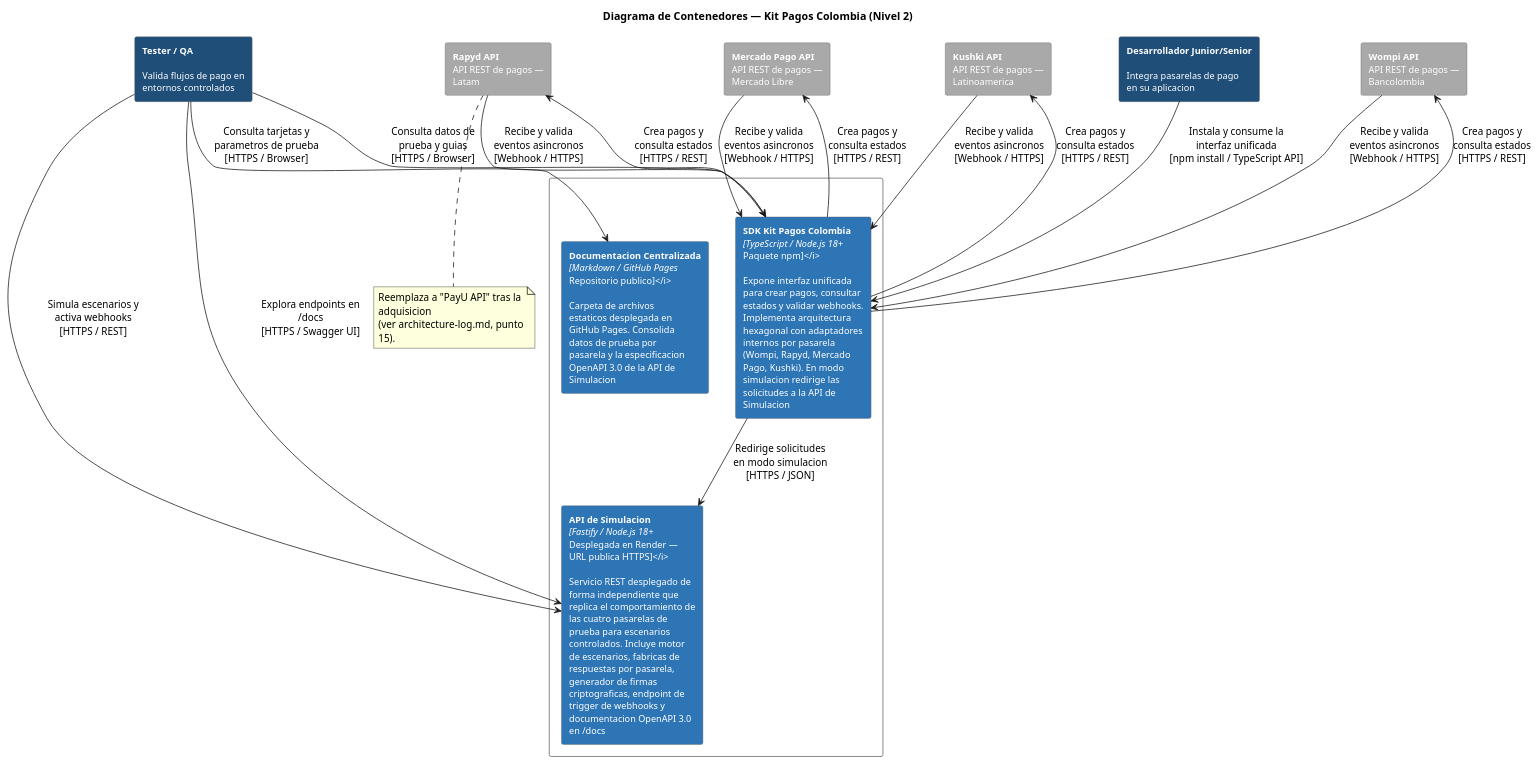
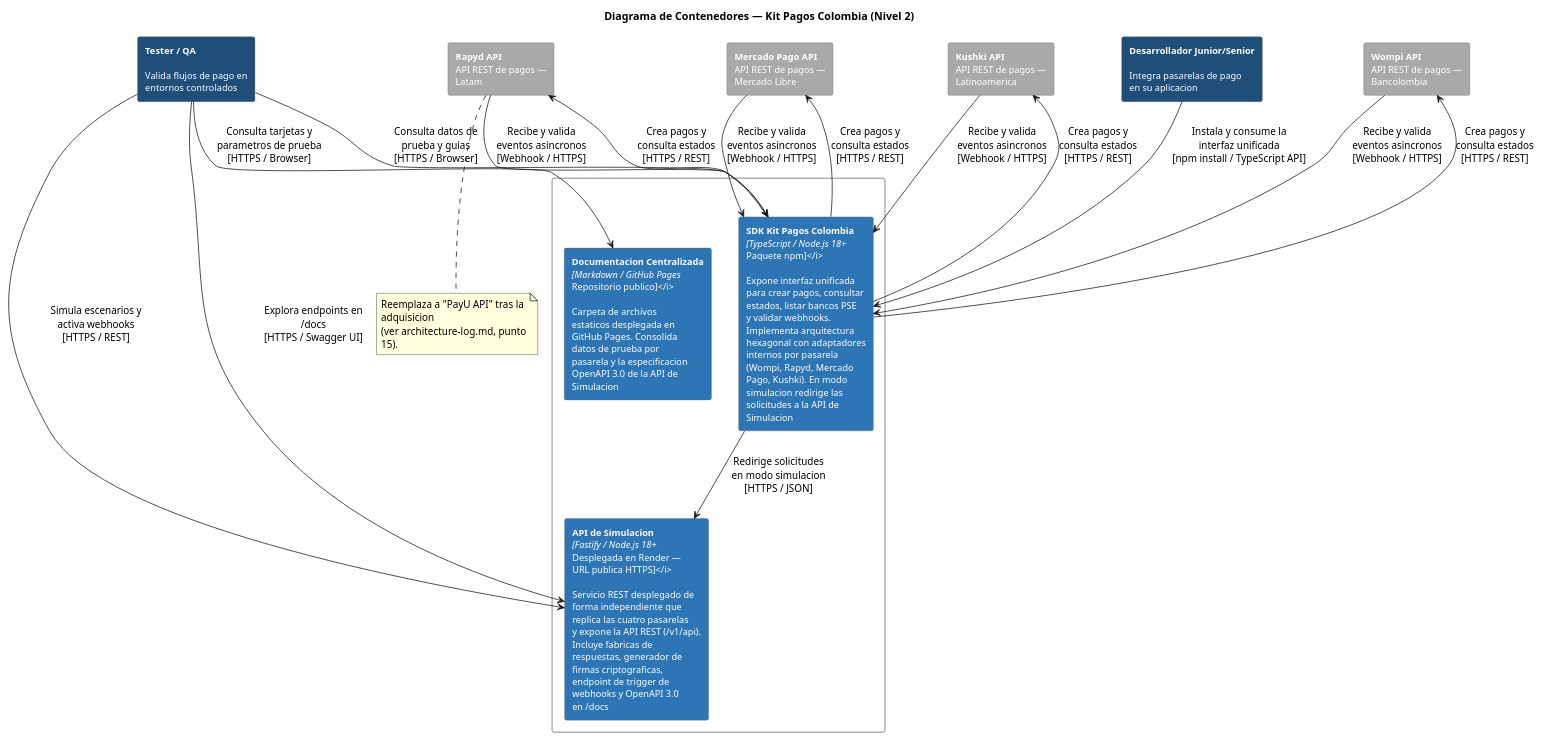
Before and after one commit to PurosBrothers/Kit-Pagos-Colombia---Tesis: the diagram in docs/architecture/SDK/diagrams-source/container-diagram.puml, drawn with PlantUML. The commit also changed 12 other files, not shown here.

First line of the commit message:
docs(docs): update diagrams

```diff
--- a/docs/architecture/SDK/diagrams-source/container-diagram.puml
+++ b/docs/architecture/SDK/diagrams-source/container-diagram.puml
@@ -1,51 +1,51 @@
 @startuml Container Diagram - SDK
 title Diagrama de Contenedores — Kit Pagos Colombia (Nivel 2)
 skinparam backgroundColor white
 skinparam rectangleFontSize 12
 skinparam wrapWidth 200
 skinparam rectangle {
   BorderColor #666666
   ArrowColor #666666
   FontColor white
 }
 
 rectangle "**Desarrollador Junior/Senior**\n\nIntegra pasarelas de pago\nen su aplicacion" as Dev #1F4E79
 rectangle "**Tester / QA**\n\nValida flujos de pago en\nentornos controlados" as QA #1F4E79
 
 rectangle "Kit Pagos Colombia\n[system]" as System #FFFFFF {
-  rectangle "**SDK Kit Pagos Colombia**\n<i>[TypeScript / Node.js 18+\nPaquete npm]</i>\n\nExpone interfaz unificada\npara crear pagos, consultar\nestados y validar webhooks.\nImplementa arquitectura\nhexagonal con adaptadores\ninternos por pasarela\n(Wompi, Rapyd, Mercado\nPago, Kushki). En modo\nsimulacion redirige las\nsolicitudes a la API de\nSimulacion" as SDK #2E75B6
+  rectangle "**SDK Kit Pagos Colombia**\n<i>[TypeScript / Node.js 18+\nPaquete npm]</i>\n\nExpone interfaz unificada\npara crear pagos, consultar\nestados, listar bancos PSE\ny validar webhooks.\nImplementa arquitectura\nhexagonal con adaptadores\ninternos por pasarela\n(Wompi, Rapyd, Mercado\nPago, Kushki). En modo\nsimulacion redirige las\nsolicitudes a la API de\nSimulacion" as SDK #2E75B6
   rectangle "**Documentacion Centralizada**\n<i>[Markdown / GitHub Pages\nRepositorio publico]</i>\n\nCarpeta de archivos\nestaticos desplegada en\nGitHub Pages. Consolida\ndatos de prueba por\npasarela y la especificacion\nOpenAPI 3.0 de la API de\nSimulacion" as Docs #2E75B6
-  rectangle "**API de Simulacion**\n<i>[Fastify / Node.js 18+\nDesplegada en Render —\nURL publica HTTPS]</i>\n\nServicio REST desplegado de\nforma independiente que\nreplica el comportamiento de\nlas cuatro pasarelas de\nprueba para escenarios\ncontrolados. Incluye motor\nde escenarios, fabricas de\nrespuestas por pasarela,\ngenerador de firmas\ncriptograficas, endpoint de\ntrigger de webhooks y\ndocumentacion OpenAPI 3.0\nen /docs" as SimAPI #2E75B6
+  rectangle "**API de Simulacion**\n<i>[Fastify / Node.js 18+\nDesplegada en Render —\nURL publica HTTPS]</i>\n\nServicio REST desplegado de\nforma independiente que\nreplica las cuatro pasarelas\ny expone la API REST (/v1/api).\nIncluye fabricas de\nrespuestas, generador de\nfirmas criptograficas,\nendpoint de trigger de\nwebhooks y OpenAPI 3.0\nen /docs" as SimAPI #2E75B6
 }
 
 rectangle "**Wompi API**\nAPI REST de pagos —\nBancolombia" as WompiAPI #A9A9A9
 rectangle "**Rapyd API**\nAPI REST de pagos —\nLatam" as RapydAPI #A9A9A9
 rectangle "**Mercado Pago API**\nAPI REST de pagos —\nMercado Libre" as MPAPI #A9A9A9
 rectangle "**Kushki API**\nAPI REST de pagos —\nLatinoamerica" as KushkiAPI #A9A9A9
 
 Dev --> SDK : Instala y consume la\ninterfaz unificada\n[npm install / TypeScript API]
 QA --> SDK : Consulta datos de\nprueba y guias\n[HTTPS / Browser]
 QA --> Docs : Consulta tarjetas y\nparametros de prueba\n[HTTPS / Browser]
 QA --> SimAPI : Simula escenarios y\nactiva webhooks\n[HTTPS / REST]
 QA --> SimAPI : Explora endpoints en\n/docs\n[HTTPS / Swagger UI]
 
 SDK --> WompiAPI : Crea pagos y\nconsulta estados\n[HTTPS / REST]
 WompiAPI --> SDK : Recibe y valida\neventos asincronos\n[Webhook / HTTPS]
 
 SDK --> RapydAPI : Crea pagos y\nconsulta estados\n[HTTPS / REST]
 RapydAPI --> SDK : Recibe y valida\neventos asincronos\n[Webhook / HTTPS]
 
 SDK --> MPAPI : Crea pagos y\nconsulta estados\n[HTTPS / REST]
 MPAPI --> SDK : Recibe y valida\neventos asincronos\n[Webhook / HTTPS]
 
 SDK --> KushkiAPI : Crea pagos y\nconsulta estados\n[HTTPS / REST]
 KushkiAPI --> SDK : Recibe y valida\neventos asincronos\n[Webhook / HTTPS]
 
 SDK --> SimAPI : Redirige solicitudes\nen modo simulacion\n[HTTPS / JSON]
 
 note bottom of RapydAPI
   Reemplaza a "PayU API" tras la adquisicion
   (ver architecture-log.md, punto 15).
 end note
 
 @enduml
```
